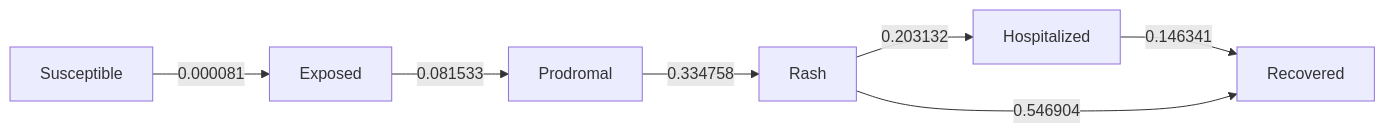
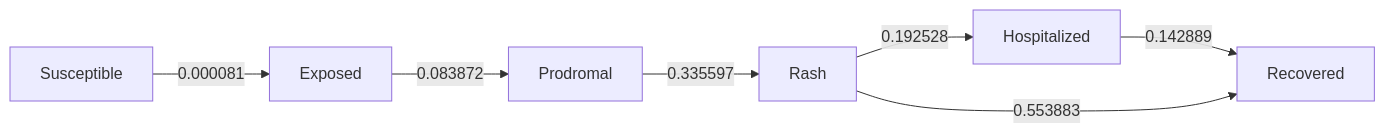
One commit to EpiForeSITE/epiworld-measles changed the diagram in scenarios/edgemont_92/README.md. Above: the diagram before and after it, drawn with Mermaid. The commit also changed other lines of this file and 41 other files, not shown here.

````diff
--- a/scenarios/edgemont_92/README.md
+++ b/scenarios/edgemont_92/README.md
@@ -136,16 +103,16 @@
 ``` mermaid
 flowchart LR
     s0[Exposed]
     s1[Hospitalized]
     s2[Prodromal]
     s3[Rash]
     s4[Recovered]
     s5[Susceptible]
-    s0 -->|0.081533| s2
-    s1 -->|0.146341| s4
-    s2 -->|0.334758| s3
-    s3 -->|0.203132| s1
-    s3 -->|0.546904| s4
+    s0 -->|0.083872| s2
+    s1 -->|0.142889| s4
+    s2 -->|0.335597| s3
+    s3 -->|0.192528| s1
+    s3 -->|0.553883| s4
     s5 -->|0.000081| s0
 
 ```
````
